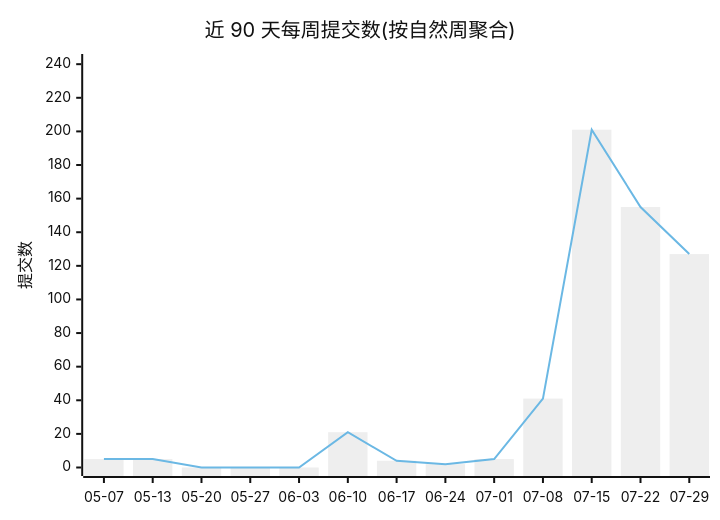
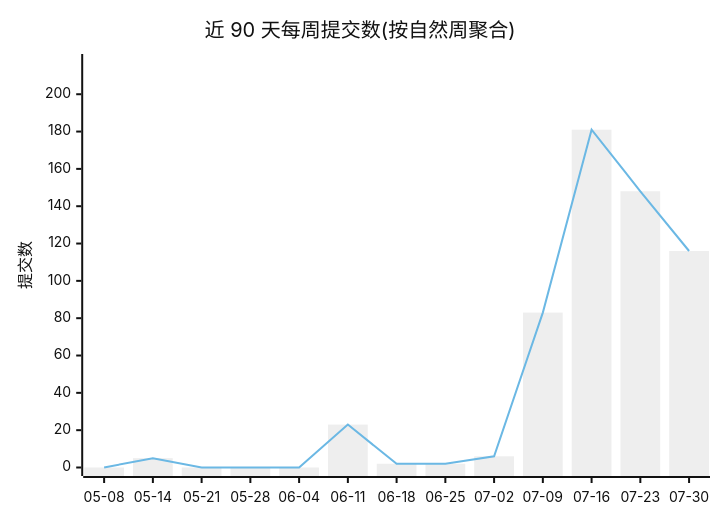
One commit to Conflux-Union/.github changed the first of 2 diagrams in profile/README.md. Above: the diagram before and after it, drawn with Mermaid (neutral theme). The commit also changed other lines of this file and 1 other file, not shown here.

````diff
--- a/profile/README.md
+++ b/profile/README.md
@@ -44,8 +44,8 @@
 ```mermaid
 xychart-beta
     title "近 90 天每周提交数(按自然周聚合)"
-    x-axis ["05-07", "05-13", "05-20", "05-27", "06-03", "06-10", "06-17", "06-24", "07-01", "07-08", "07-15", "07-22", "07-29"]
-    y-axis "提交数" 0 --> 241
-    bar [5, 5, 0, 0, 0, 21, 4, 2, 5, 41, 201, 155, 127]
-    line [5, 5, 0, 0, 0, 21, 4, 2, 5, 41, 201, 155, 127]
+    x-axis ["05-08", "05-14", "05-21", "05-28", "06-04", "06-11", "06-18", "06-25", "07-02", "07-09", "07-16", "07-23", "07-30"]
+    y-axis "提交数" 0 --> 217
+    bar [0, 5, 0, 0, 0, 23, 2, 2, 6, 83, 181, 148, 116]
+    line [0, 5, 0, 0, 0, 23, 2, 2, 6, 83, 181, 148, 116]
 ```
````
